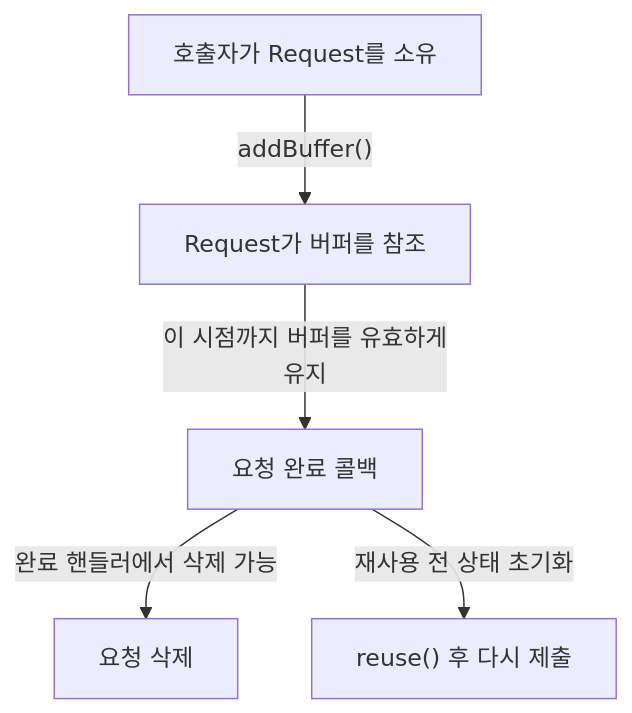
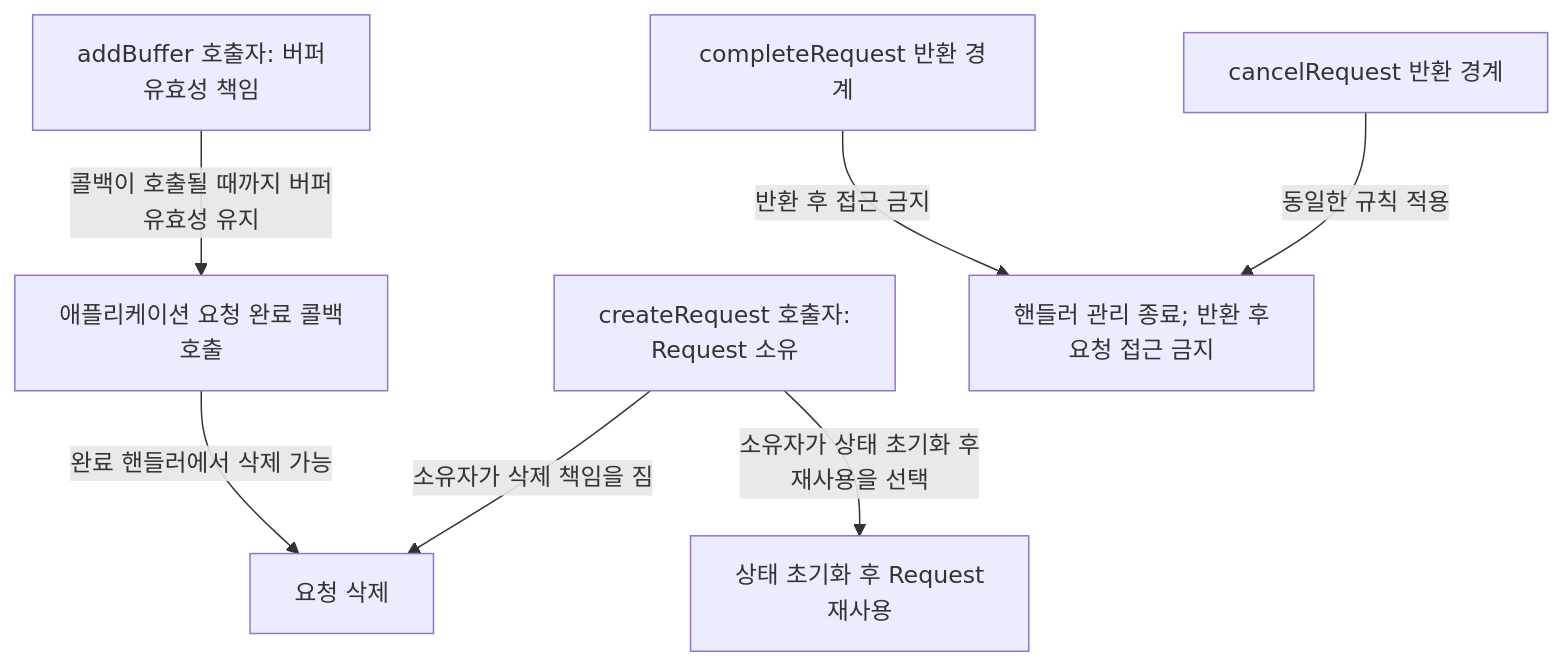
Before and after one commit to TTolsun/libcamera-sdd: the seventh of 16 diagrams in docs/request-lifecycle.md, drawn with Mermaid. The commit also changed other lines of this file and 352 other files, not shown here.

````diff
--- a/docs/request-lifecycle.md
+++ b/docs/request-lifecycle.md
@@ -101,13 +308,18 @@
 ```mermaid
 flowchart TB
-%% sdd:translations {"Request가 버퍼를 참조": "Request references buffer", "addBuffer()": "addBuffer()", "reuse() 후 다시 제출": "Reset before requeue", "완료 핸들러에서 삭제 가능": "May delete in completion <br/>handler", "요청 삭제": "Delete request", "요청 완료 콜백": "Request completion callback", "이 시점까지 버퍼를 유효하게 <br/>유지": "Keep buffer valid until <br/>this point", "재사용 전 상태 초기화": "Reset state before reuse", "호출자가 Request를 소유": "Caller owns Request"}
-  v_caller["호출자가 Request를 소유"]
-  v_buffer["Request가 버퍼를 참조"]
-  v_callback["요청 완료 콜백"]
+%% sdd:translations {"addBuffer 호출자: 버퍼 <br/>유효성 책임": "addBuffer caller: buffer <br/>validity duty", "cancelRequest 반환 경계": "cancelRequest return <br/>boundary", "completeRequest 반환 경계": "completeRequest return <br/>boundary", "createRequest 호출자: <br/>Request 소유": "createRequest caller: owns <br/>Request", "동일한 규칙 적용": "Same rules apply", "반환 후 접근 금지": "No access once it returns", "상태 초기화 후 Request <br/>재사용": "Reuse Request after <br/>resetting state", "소유자가 삭제 책임을 짐": "Owner is responsible for <br/>deletion", "소유자가 상태 초기화 후 <br/>재사용을 선택": "Owner may reuse after <br/>resetting state", "애플리케이션 요청 완료 콜백 <br/>호출": "Application <br/>request-completion callback <br/>is called", "완료 핸들러에서 삭제 가능": "May delete in completion <br/>handler", "요청 삭제": "Delete request", "콜백이 호출될 때까지 버퍼 <br/>유효성 유지": "Keep buffer valid until <br/>callback is called", "핸들러 관리 종료; 반환 후 <br/>요청 접근 금지": "Handler management ends; <br/>must not access request <br/>after return"}
+  v_caller["createRequest 호출자: <br/>Request 소유"]
+  v_buffer["addBuffer 호출자: 버퍼 <br/>유효성 책임"]
+  v_callback["애플리케이션 요청 완료 콜백 <br/>호출"]
   v_delete["요청 삭제"]
-  v_reuse["reuse() 후 다시 제출"]
-  v_caller -->|"addBuffer()"| v_buffer
-  v_buffer -->|"이 시점까지 버퍼를 유효하게 <br/>유지"| v_callback
+  v_reuse["상태 초기화 후 Request <br/>재사용"]
+  v_complete["completeRequest 반환 경계"]
+  v_cancel["cancelRequest 반환 경계"]
+  v_ban["핸들러 관리 종료; 반환 후 <br/>요청 접근 금지"]
+  v_buffer -->|"콜백이 호출될 때까지 버퍼 <br/>유효성 유지"| v_callback
   v_callback -->|"완료 핸들러에서 삭제 가능"| v_delete
-  v_callback -->|"재사용 전 상태 초기화"| v_reuse
+  v_complete -->|"반환 후 접근 금지"| v_ban
+  v_cancel -->|"동일한 규칙 적용"| v_ban
+  v_caller -->|"소유자가 상태 초기화 후 <br/>재사용을 선택"| v_reuse
+  v_caller -->|"소유자가 삭제 책임을 짐"| v_delete
 ```
````
